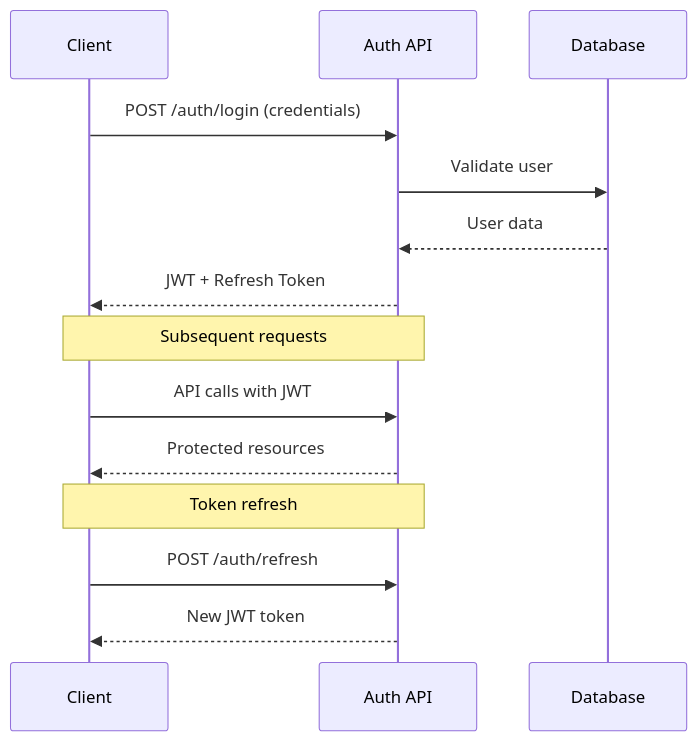
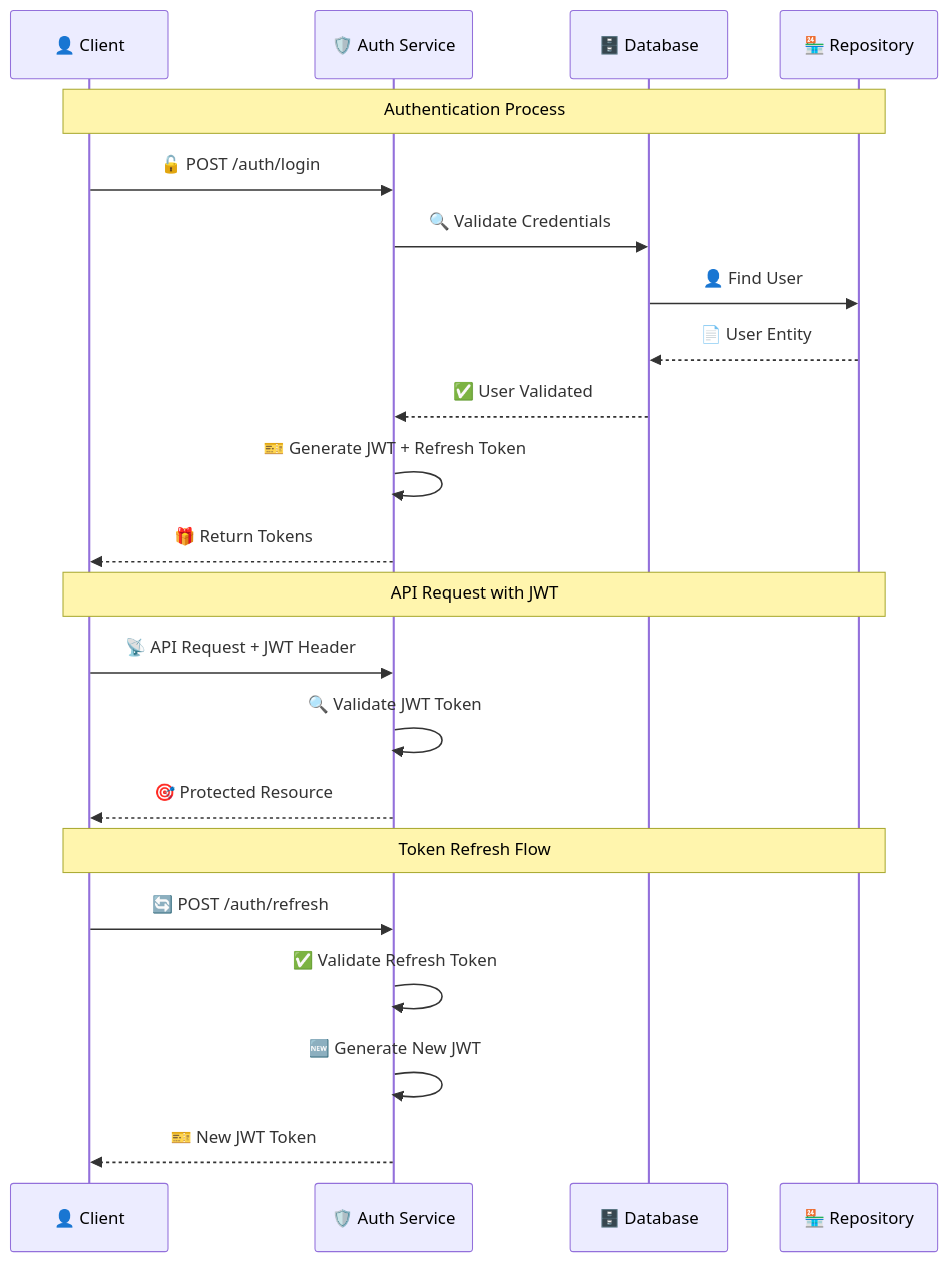
The fourth of 9 diagrams in README.md (kekolas12/BasicJavaUsermanagementApp), drawn with Mermaid before and after one commit. The commit also changed other lines of this file, not shown here.

````diff
--- a/README.md
+++ b/README.md
@@ -207,19 +319,27 @@
 ```mermaid
 sequenceDiagram
-    participant C as Client
-    participant A as Auth API
-    participant DB as Database
+    participant C as 👤 Client
+    participant A as 🛡️ Auth Service
+    participant DB as 🗄️ Database
+    participant R as 🏪 Repository
     
-    C->>A: POST /auth/login (credentials)
-    A->>DB: Validate user
-    DB-->>A: User data
-    A-->>C: JWT + Refresh Token
+    Note over C,R: Authentication Process
+    C->>A: 🔓 POST /auth/login
+    A->>DB: 🔍 Validate Credentials
+    DB->>R: 👤 Find User
+    R-->>DB: 📄 User Entity
+    DB-->>A: ✅ User Validated
+    A->>A: 🎫 Generate JWT + Refresh Token
+    A-->>C: 🎁 Return Tokens
     
-    Note over C,A: Subsequent requests
-    C->>A: API calls with JWT
-    A-->>C: Protected resources
+    Note over C,R: API Request with JWT
+    C->>A: 📡 API Request + JWT Header
+    A->>A: 🔍 Validate JWT Token
+    A-->>C: 🎯 Protected Resource
     
-    Note over C,A: Token refresh
-    C->>A: POST /auth/refresh
-    A-->>C: New JWT token
+    Note over C,R: Token Refresh Flow
+    C->>A: 🔄 POST /auth/refresh
+    A->>A: ✅ Validate Refresh Token
+    A->>A: 🆕 Generate New JWT
+    A-->>C: 🎫 New JWT Token
 ```
````
